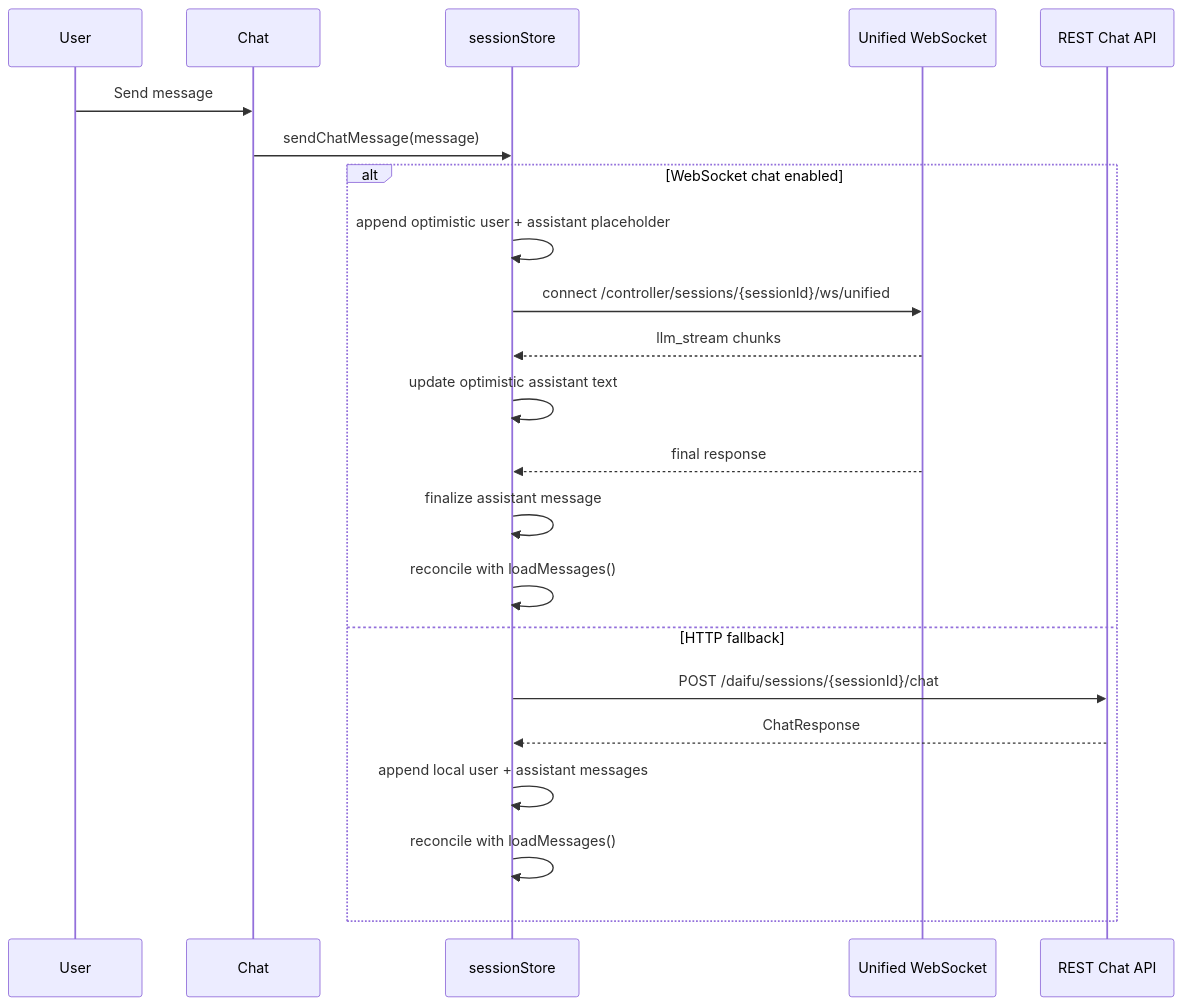
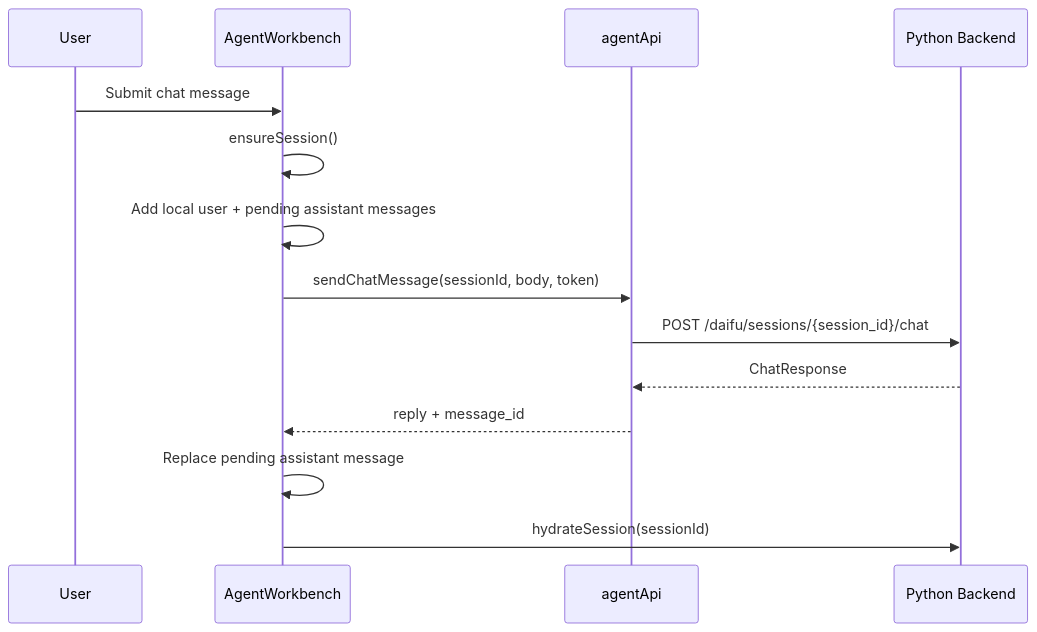
One commit to pranay5255/YudaiV3 changed the second of 3 diagrams in docs/frontend-architecture.md. Above: the diagram before and after it, drawn with Mermaid. The commit also changed other lines of this file, not shown here.

Commit message:
docs: update frontend architecture notes

````diff
--- a/docs/frontend-architecture.md
+++ b/docs/frontend-architecture.md
@@ -485,26 +139,17 @@
 ```mermaid
 sequenceDiagram
     participant U as User
-    participant Chat as Chat
-    participant Store as sessionStore
-    participant WS as Unified WebSocket
-    participant API as REST Chat API
+    participant WB as AgentWorkbench
+    participant API as agentApi
+    participant BE as Python Backend
 
-    U->>Chat: Send message
-    Chat->>Store: sendChatMessage(message)
-
-    alt WebSocket chat enabled
-        Store->>Store: append optimistic user + assistant placeholder
-        Store->>WS: connect /controller/sessions/{sessionId}/ws/unified
-        WS-->>Store: llm_stream chunks
-        Store->>Store: update optimistic assistant text
-        WS-->>Store: final response
-        Store->>Store: finalize assistant message
-        Store->>Store: reconcile with loadMessages()
-    else HTTP fallback
-        Store->>API: POST /daifu/sessions/{sessionId}/chat
-        API-->>Store: ChatResponse
-        Store->>Store: append local user + assistant messages
-        Store->>Store: reconcile with loadMessages()
-    end
+    U->>WB: Submit chat message
+    WB->>WB: ensureSession()
+    WB->>WB: Add local user + pending assistant messages
+    WB->>API: sendChatMessage(sessionId, body, token)
+    API->>BE: POST /daifu/sessions/{session_id}/chat
+    BE-->>API: ChatResponse
+    API-->>WB: reply + message_id
+    WB->>WB: Replace pending assistant message
+    WB->>BE: hydrateSession(sessionId)
 ```
````
